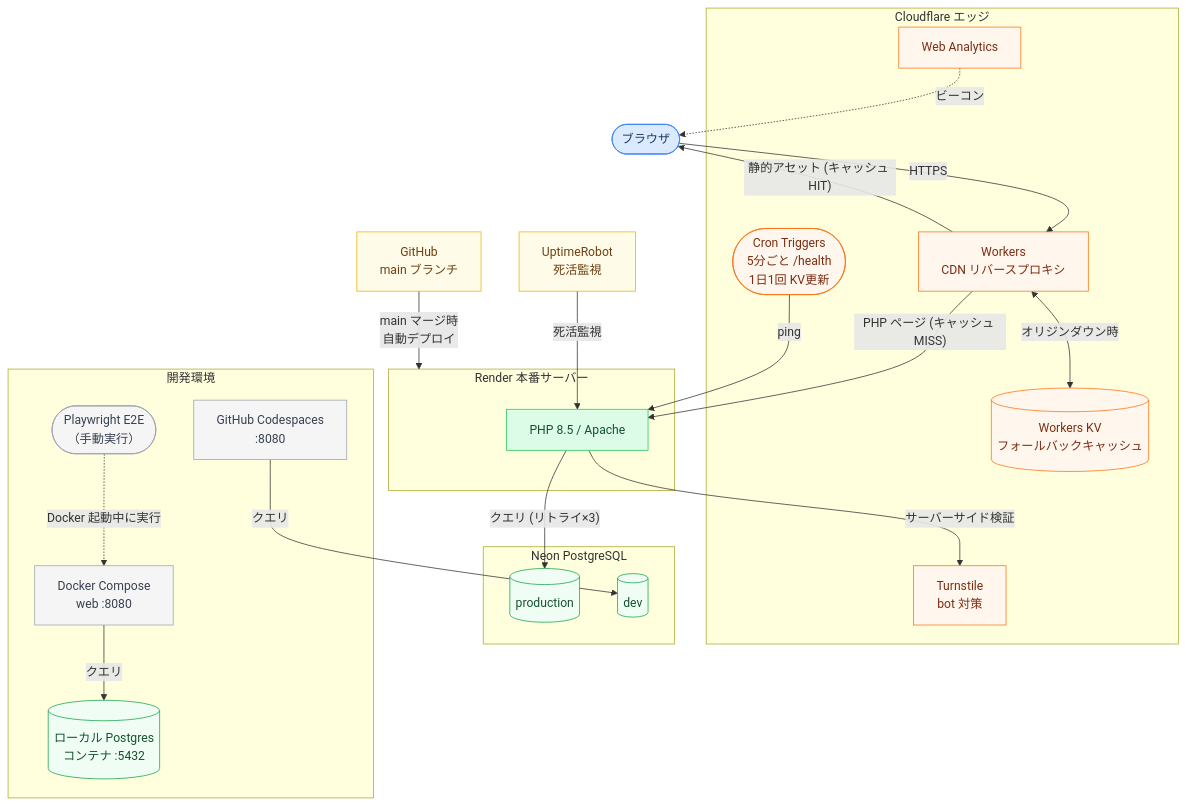
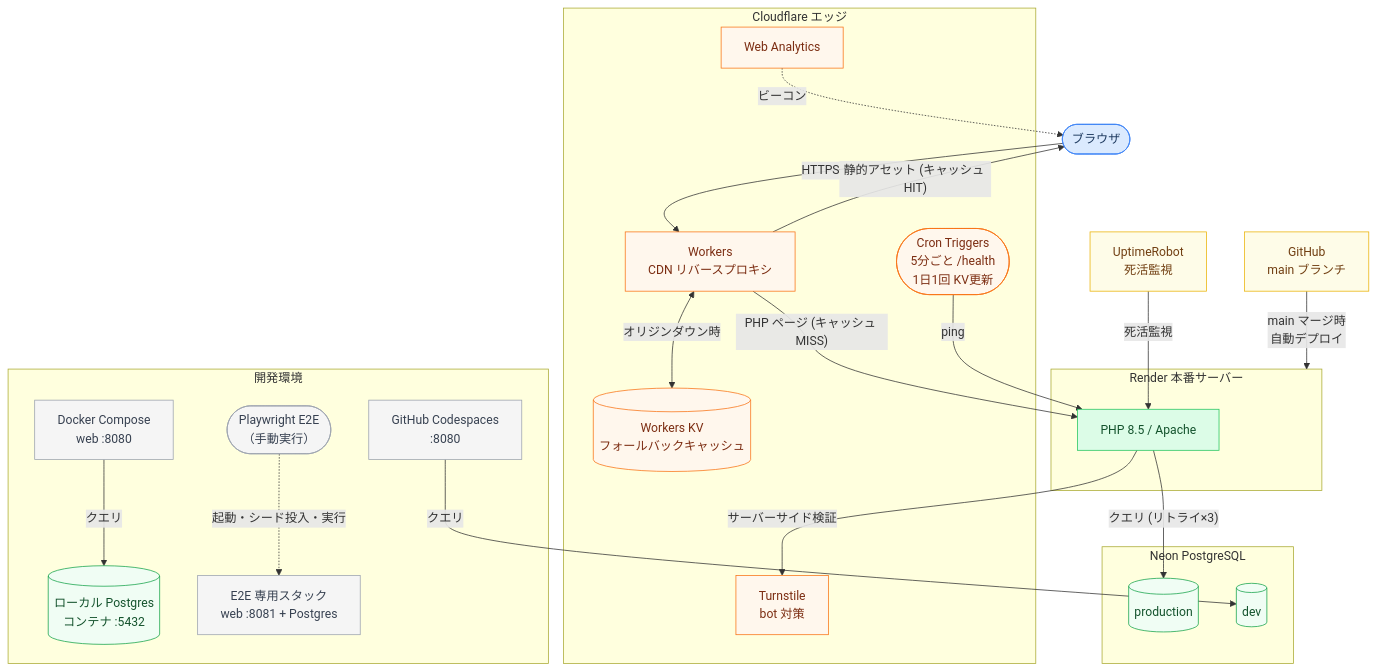
The diagram in README.md (aokyun1031/jantama_records_dev), drawn with Mermaid before and after one commit. The commit also changed other lines of this file and 13 other files, not shown here.

````diff
--- a/README.md
+++ b/README.md
@@ -70,56 +70,57 @@
 ```mermaid
 graph TB
     classDef userStyle   fill:#dbeafe,stroke:#3b82f6,color:#1e3a5f
     classDef cfStyle     fill:#fff7ed,stroke:#f97316,color:#7c2d12
     classDef serverStyle fill:#dcfce7,stroke:#22c55e,color:#14532d
     classDef dbStyle     fill:#f0fdf4,stroke:#16a34a,color:#14532d
     classDef devStyle    fill:#f5f5f5,stroke:#9ca3af,color:#374151
     classDef deployStyle fill:#fefce8,stroke:#eab308,color:#713f12
 
     Browser(["ブラウザ"]):::userStyle
 
     subgraph CF["Cloudflare エッジ"]
         Workers["Workers\nCDN リバースプロキシ"]:::cfStyle
         KV[("Workers KV\nフォールバックキャッシュ")]:::cfStyle
         Cron(["Cron Triggers\n5分ごと /health\n1日1回 KV更新"]):::cfStyle
         Turnstile["Turnstile\nbot 対策"]:::cfStyle
         Analytics["Web Analytics"]:::cfStyle
     end
 
     subgraph App["Render 本番サーバー"]
         PHP["PHP 8.5 / Apache"]:::serverStyle
     end
 
     subgraph DB["Neon PostgreSQL"]
         Prod[("production")]:::dbStyle
         Dev[("dev")]:::dbStyle
     end
 
     subgraph DevEnv["開発環境"]
         Codespaces["GitHub Codespaces\n:8080"]:::devStyle
         Docker["Docker Compose\nweb :8080"]:::devStyle
         LocalPg[("ローカル Postgres\nコンテナ :5432")]:::dbStyle
         E2E(["Playwright E2E\n（手動実行）"]):::devStyle
+        E2EStack["E2E 専用スタック\nweb :8081 + Postgres"]:::devStyle
     end
 
     GitHub["GitHub\nmain ブランチ"]:::deployStyle
     Monitor["UptimeRobot\n死活監視"]:::deployStyle
 
     Browser -->|"HTTPS"| Workers
     Workers -->|"静的アセット (キャッシュ HIT)"| Browser
     Workers -->|"PHP ページ (キャッシュ MISS)"| PHP
     Workers <-->|"オリジンダウン時"| KV
 
     Cron -->|"ping"| PHP
     Analytics -. "ビーコン" .-> Browser
     PHP -->|"サーバーサイド検証"| Turnstile
 
     PHP -->|"クエリ (リトライ×3)"| Prod
     Codespaces -->|"クエリ"| Dev
     Docker -->|"クエリ"| LocalPg
 
     GitHub -->|"main マージ時\n自動デプロイ"| App
     Monitor -->|"死活監視"| PHP
 
-    E2E -. "Docker 起動中に実行" .-> Docker
+    E2E -. "起動・シード投入・実行" .-> E2EStack
 ```
````
